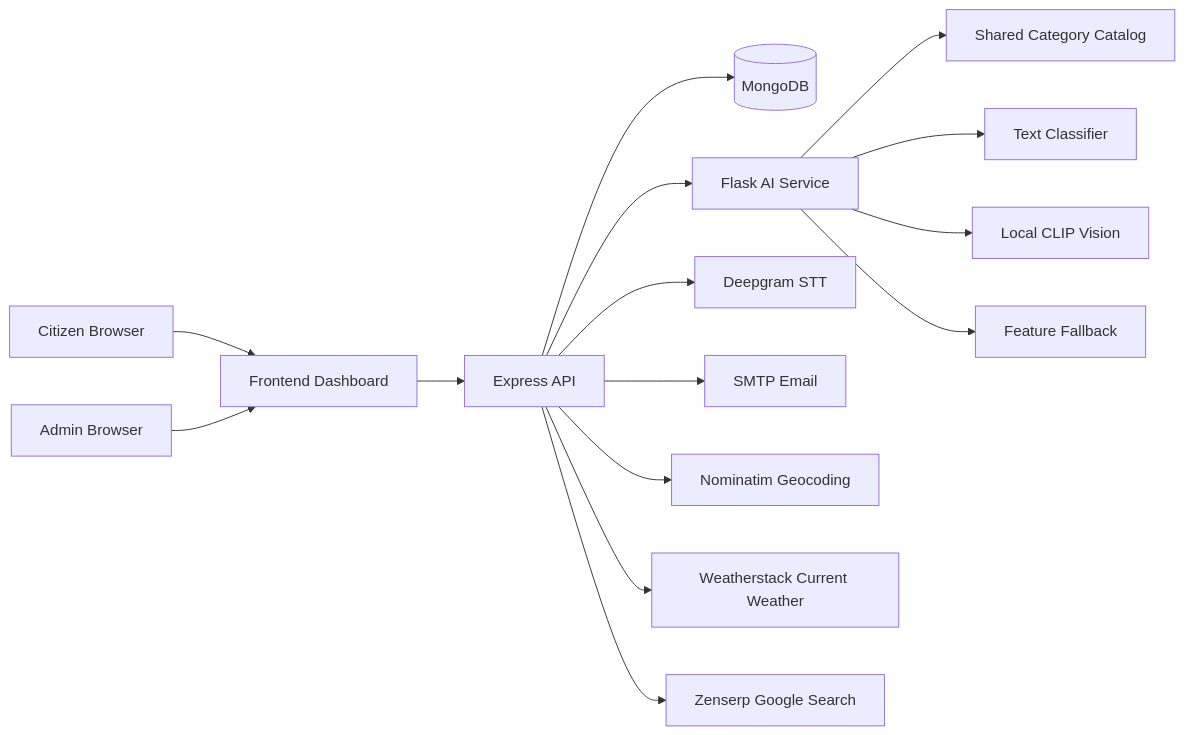
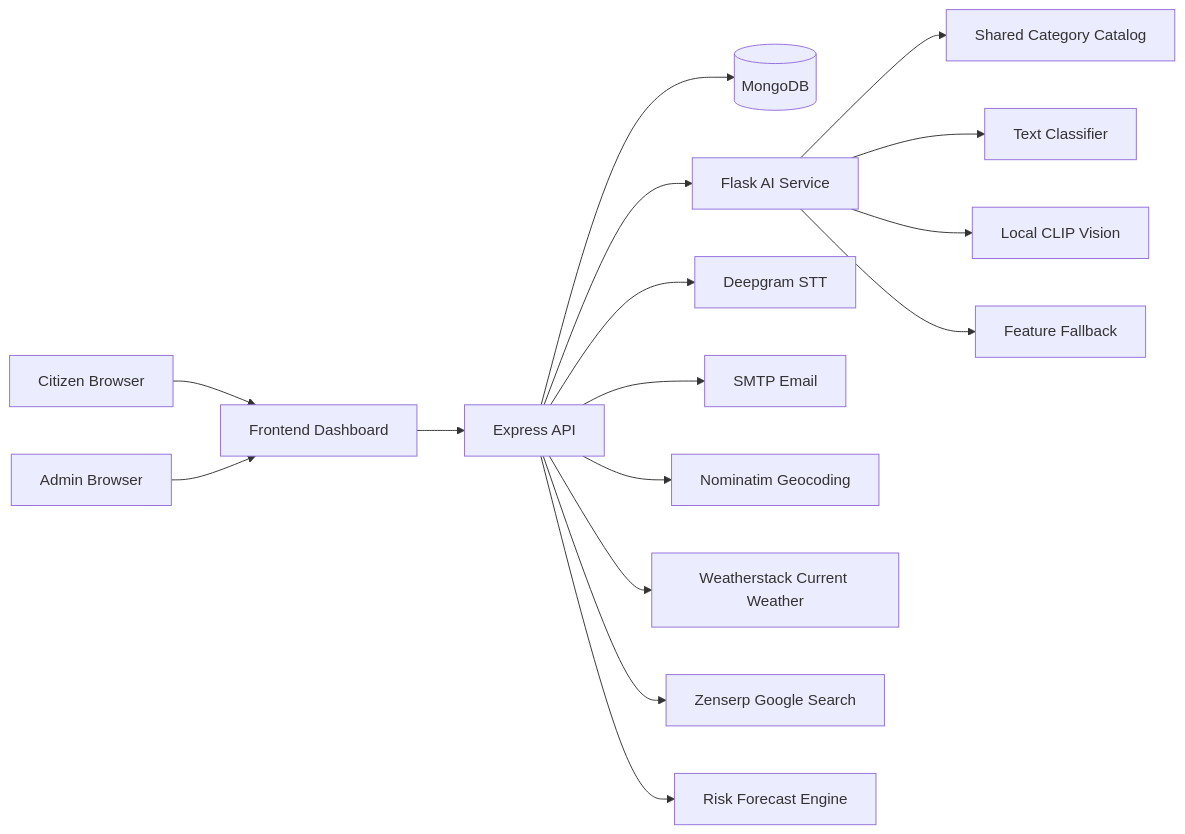
The first of 2 diagrams in README.md (Shreyas0047/Urban-Pulse-Ai), drawn with Mermaid before and after one commit. The commit also changed other lines of this file and 5 other files, not shown here.

Commit message:
added civic risk forecast

````diff
--- a/README.md
+++ b/README.md
@@ -36,17 +37,18 @@
 ```mermaid
 flowchart LR
     Citizen[Citizen Browser] --> Frontend[Frontend Dashboard]
     Admin[Admin Browser] --> Frontend
     Frontend --> Express[Express API]
     Express --> Mongo[(MongoDB)]
     Express --> Flask[Flask AI Service]
     Flask --> Catalog[Shared Category Catalog]
     Flask --> TextAI[Text Classifier]
     Flask --> VisionAI[Local CLIP Vision]
     Flask --> VisionFallback[Feature Fallback]
     Express --> Deepgram[Deepgram STT]
     Express --> SMTP[SMTP Email]
     Express --> Geo[Nominatim Geocoding]
     Express --> Weather[Weatherstack Current Weather]
     Express --> Zenserp[Zenserp Google Search]
+    Express --> Risk[Risk Forecast Engine]
 ```
````
